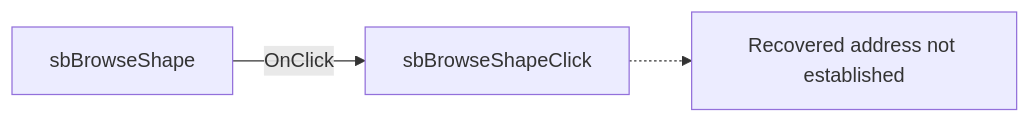
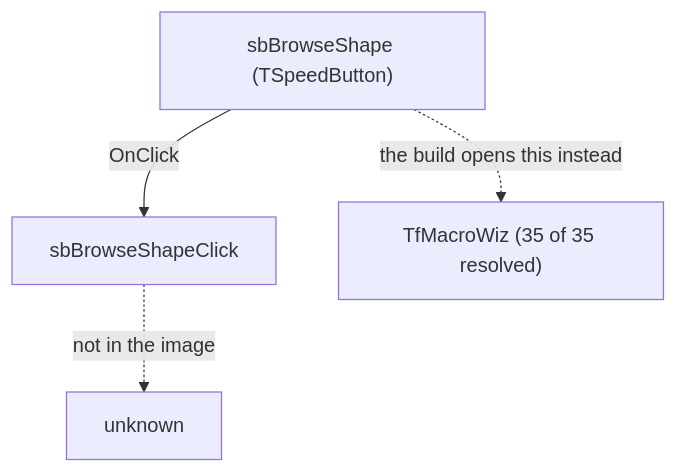
Before and after one commit to MovGP0/TIARA: the diagram in docs/ui-controls/newmacrocompform/sbbrowseshape-2bb77f72d7.md, drawn with Mermaid. The commit also changed other lines of this file and 106 other files, not shown here.

````diff
--- a/docs/ui-controls/newmacrocompform/sbbrowseshape-2bb77f72d7.md
+++ b/docs/ui-controls/newmacrocompform/sbbrowseshape-2bb77f72d7.md
@@ -27,5 +31,6 @@
 ```mermaid
-flowchart LR
-    control["sbBrowseShape"] -->|OnClick| handler["sbBrowseShapeClick"]
-    handler -.-> unresolved["Recovered address not established"]
+flowchart TD
+    control["sbBrowseShape (TSpeedButton)"] -->|"OnClick"| handler["sbBrowseShapeClick"]
+    handler -.->|"not in the image"| gone["unknown"]
+    control -.->|"the build opens this instead"| modern["TfMacroWiz (35 of 35 resolved)"]
 ```
````
